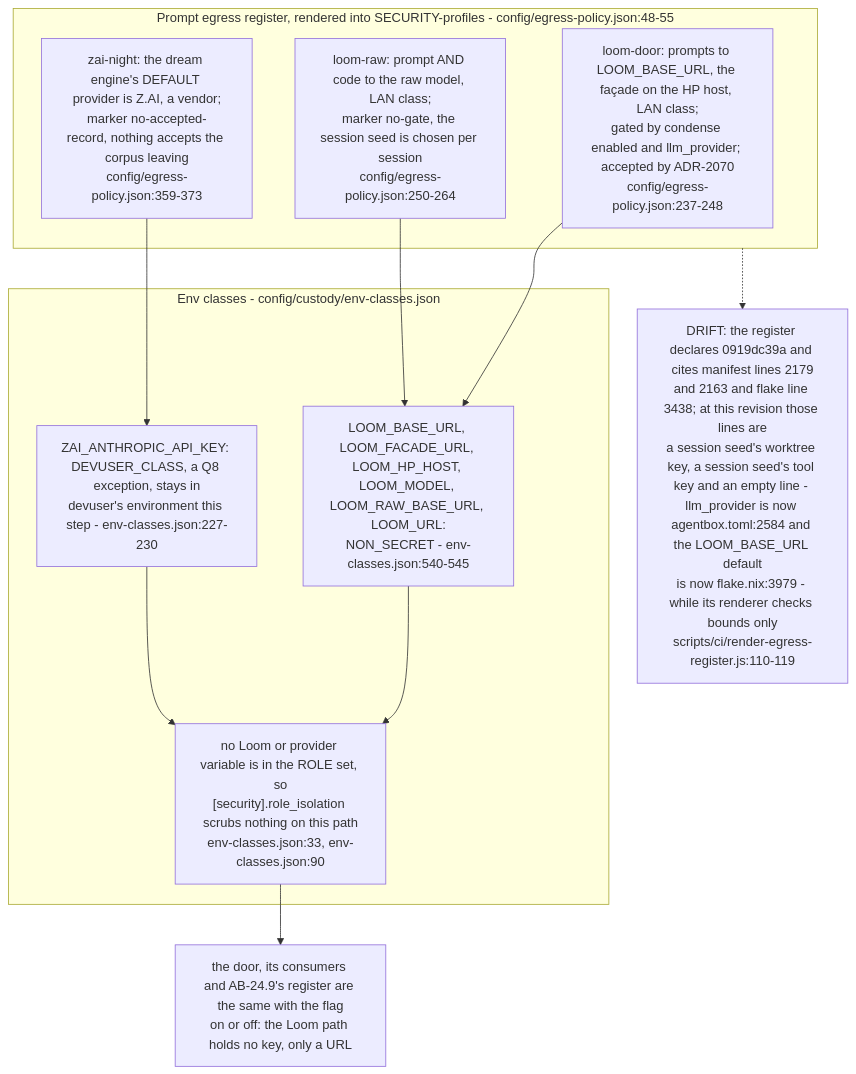
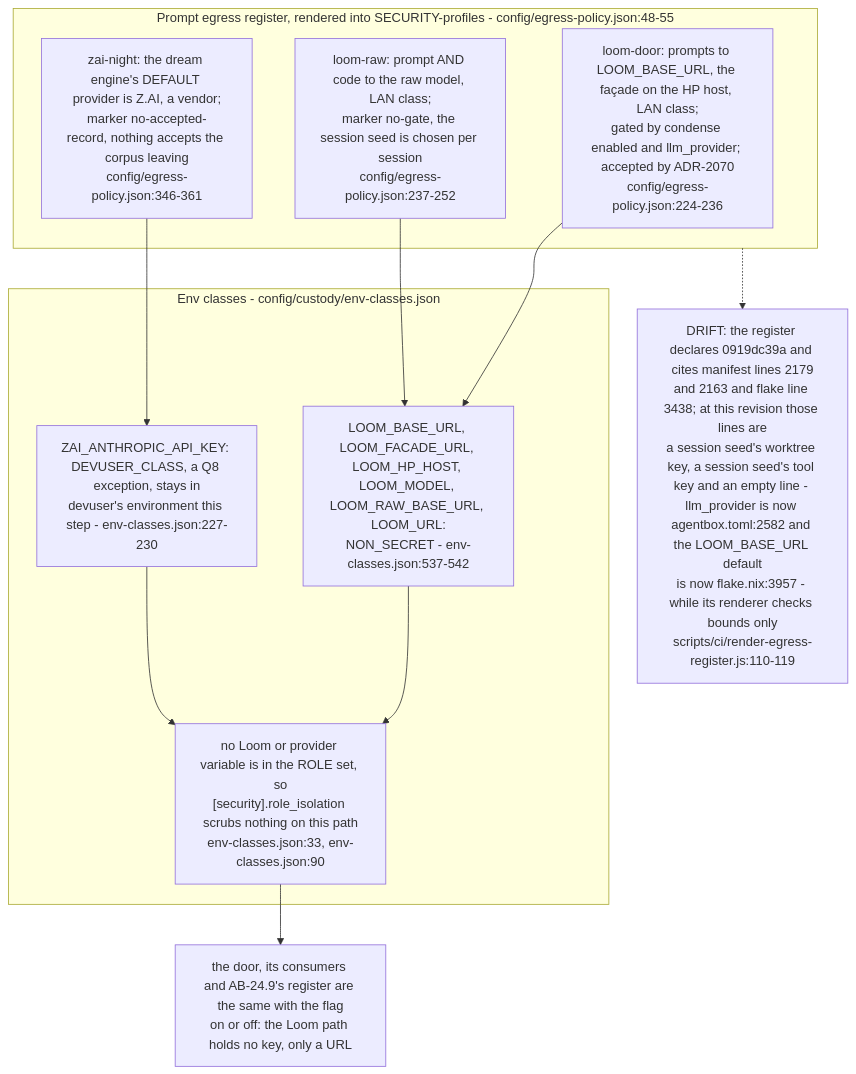
Diagram 13 of 14 in docs/diagrams/agentbox/24-loom-facade.md (DreamLab-AI/VisionFlow), drawn with Mermaid before and after one commit. The commit also changed other lines of this file and 145 other files, not shown here.

````diff
--- a/docs/diagrams/agentbox/24-loom-facade.md
+++ b/docs/diagrams/agentbox/24-loom-facade.md
@@ -496,20 +497,20 @@
 ```mermaid
 flowchart TB
     subgraph reg["Prompt egress register, rendered into SECURITY-profiles - config/egress-policy.json:48-55"]
-        R1["loom-door: prompts to LOOM_BASE_URL, the façade on the HP host, LAN class;<br/>gated by condense enabled and llm_provider; accepted by ADR-2070<br/>config/egress-policy.json:237-248"]
-        R2["loom-raw: prompt AND code to the raw model, LAN class;<br/>marker no-gate, the session seed is chosen per session<br/>config/egress-policy.json:250-264"]
-        R3["zai-night: the dream engine's DEFAULT provider is Z.AI, a vendor;<br/>marker no-accepted-record, nothing accepts the corpus leaving<br/>config/egress-policy.json:359-373"]
+        R1["loom-door: prompts to LOOM_BASE_URL, the façade on the HP host, LAN class;<br/>gated by condense enabled and llm_provider; accepted by ADR-2070<br/>config/egress-policy.json:224-236"]
+        R2["loom-raw: prompt AND code to the raw model, LAN class;<br/>marker no-gate, the session seed is chosen per session<br/>config/egress-policy.json:237-252"]
+        R3["zai-night: the dream engine's DEFAULT provider is Z.AI, a vendor;<br/>marker no-accepted-record, nothing accepts the corpus leaving<br/>config/egress-policy.json:346-361"]
     end
     subgraph cls["Env classes - config/custody/env-classes.json"]
-        C1["LOOM_BASE_URL, LOOM_FACADE_URL, LOOM_HP_HOST, LOOM_MODEL, LOOM_RAW_BASE_URL, LOOM_URL:<br/>NON_SECRET - env-classes.json:540-545"]
+        C1["LOOM_BASE_URL, LOOM_FACADE_URL, LOOM_HP_HOST, LOOM_MODEL, LOOM_RAW_BASE_URL, LOOM_URL:<br/>NON_SECRET - env-classes.json:537-542"]
         C2["ZAI_ANTHROPIC_API_KEY: DEVUSER_CLASS, a Q8 exception, stays in<br/>devuser's environment this step - env-classes.json:227-230"]
         C3["no Loom or provider variable is in the ROLE set, so<br/>[security].role_isolation scrubs nothing on this path<br/>env-classes.json:33, env-classes.json:90"]
     end
     R1 --> C1
     R2 --> C1
     R3 --> C2
     C1 --> C3
     C2 --> C3
     C3 --> SAME["the door, its consumers and AB-24.9's register are the same with the flag<br/>on or off: the Loom path holds no key, only a URL"]
-    reg -.-> DR["DRIFT: the register declares 0919dc39a and cites manifest lines 2179<br/>and 2163 and flake line 3438; at this revision those lines are<br/>a session seed's worktree key, a session seed's tool key and an empty line - llm_provider is now agentbox.toml:2584 and the LOOM_BASE_URL default<br/>is now flake.nix:3979 - while its renderer checks bounds only<br/>scripts/ci/render-egress-register.js:110-119"]
+    reg -.-> DR["DRIFT: the register declares 0919dc39a and cites manifest lines 2179<br/>and 2163 and flake line 3438; at this revision those lines are<br/>a session seed's worktree key, a session seed's tool key and an empty line - llm_provider is now agentbox.toml:2582 and the LOOM_BASE_URL default<br/>is now flake.nix:3957 - while its renderer checks bounds only<br/>scripts/ci/render-egress-register.js:110-119"]
 ```
````
